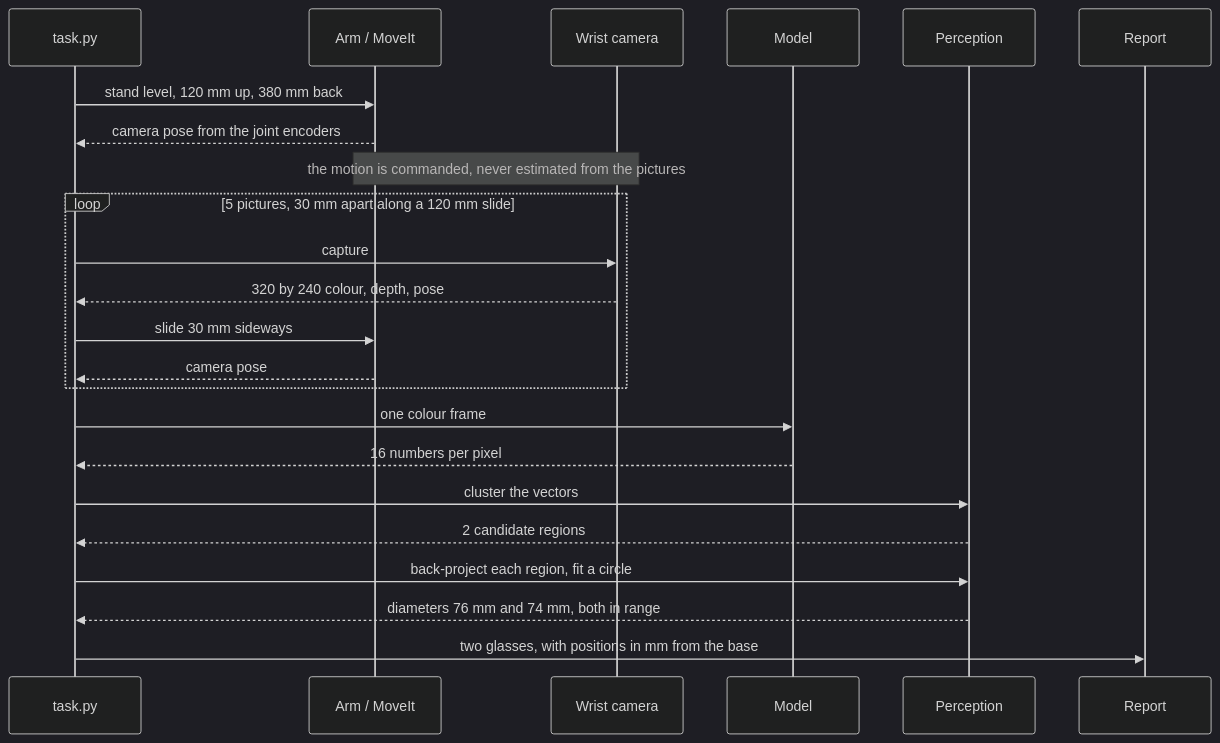
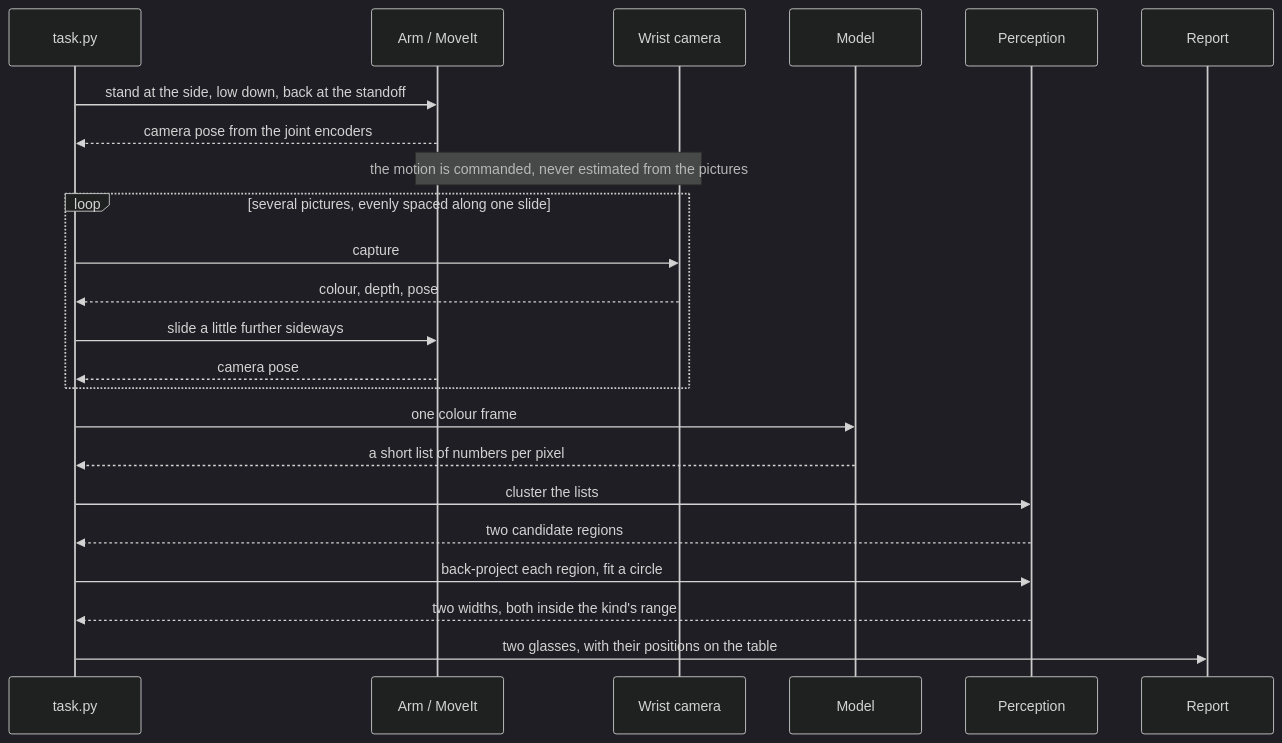
The first of 3 diagrams in v5-pick-glasses/docs/problem-2/solutions/09-self-supervised-from-the-arms-own-movement.md (RobinNagpal/robot-arm-projects), drawn with Mermaid (dark theme) before and after one commit. The commit also changed other lines of this file, not shown here.

````diff
--- a/v5-pick-glasses/docs/problem-2/solutions/09-self-supervised-from-the-arms-own-movement.md
+++ b/v5-pick-glasses/docs/problem-2/solutions/09-self-supervised-from-the-arms-own-movement.md
@@ -217,25 +226,25 @@
 ```mermaid
 sequenceDiagram
     participant T as task.py
     participant A as Arm / MoveIt
     participant C as Wrist camera
     participant M as Model
     participant P as Perception
     participant R as Report
-    T->>A: stand level, 120 mm up, 380 mm back
+    T->>A: stand at the side, low down, back at the standoff
     A-->>T: camera pose from the joint encoders
     Note over A,C: the motion is commanded, never estimated from the pictures
-    loop 5 pictures, 30 mm apart along a 120 mm slide
+    loop several pictures, evenly spaced along one slide
         T->>C: capture
-        C-->>T: 320 by 240 colour, depth, pose
-        T->>A: slide 30 mm sideways
+        C-->>T: colour, depth, pose
+        T->>A: slide a little further sideways
         A-->>T: camera pose
     end
     T->>M: one colour frame
-    M-->>T: 16 numbers per pixel
-    T->>P: cluster the vectors
-    P-->>T: 2 candidate regions
+    M-->>T: a short list of numbers per pixel
+    T->>P: cluster the lists
+    P-->>T: two candidate regions
     T->>P: back-project each region, fit a circle
-    P-->>T: diameters 76 mm and 74 mm, both in range
-    T->>R: two glasses, with positions in mm from the base
+    P-->>T: two widths, both inside the kind's range
+    T->>R: two glasses, with their positions on the table
 ```
````
